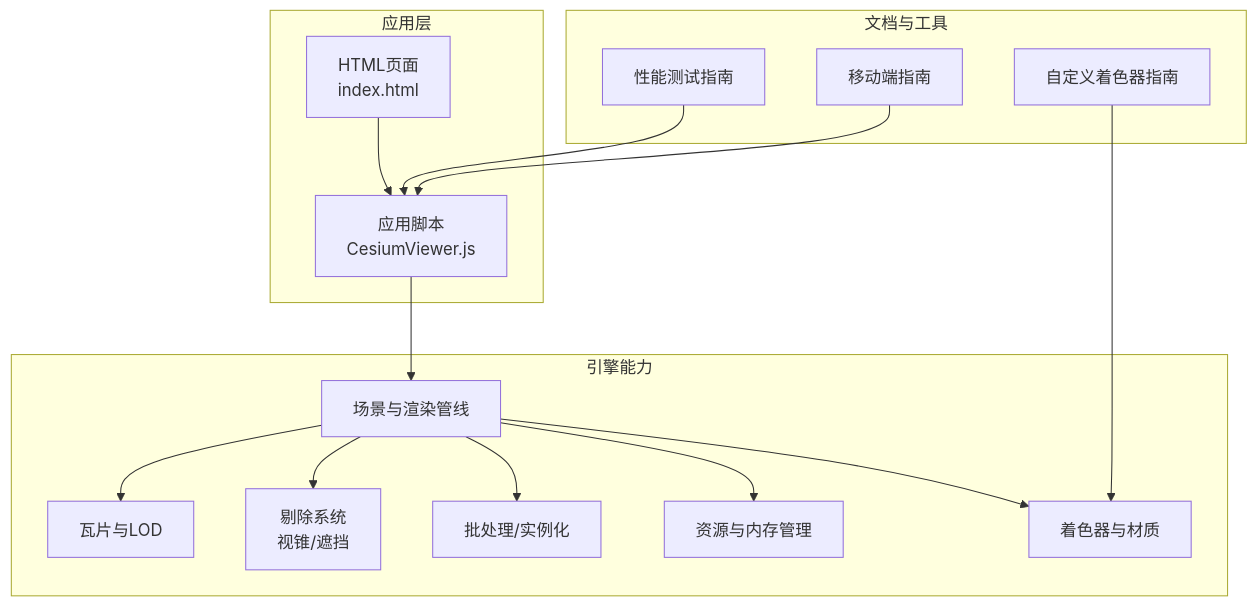
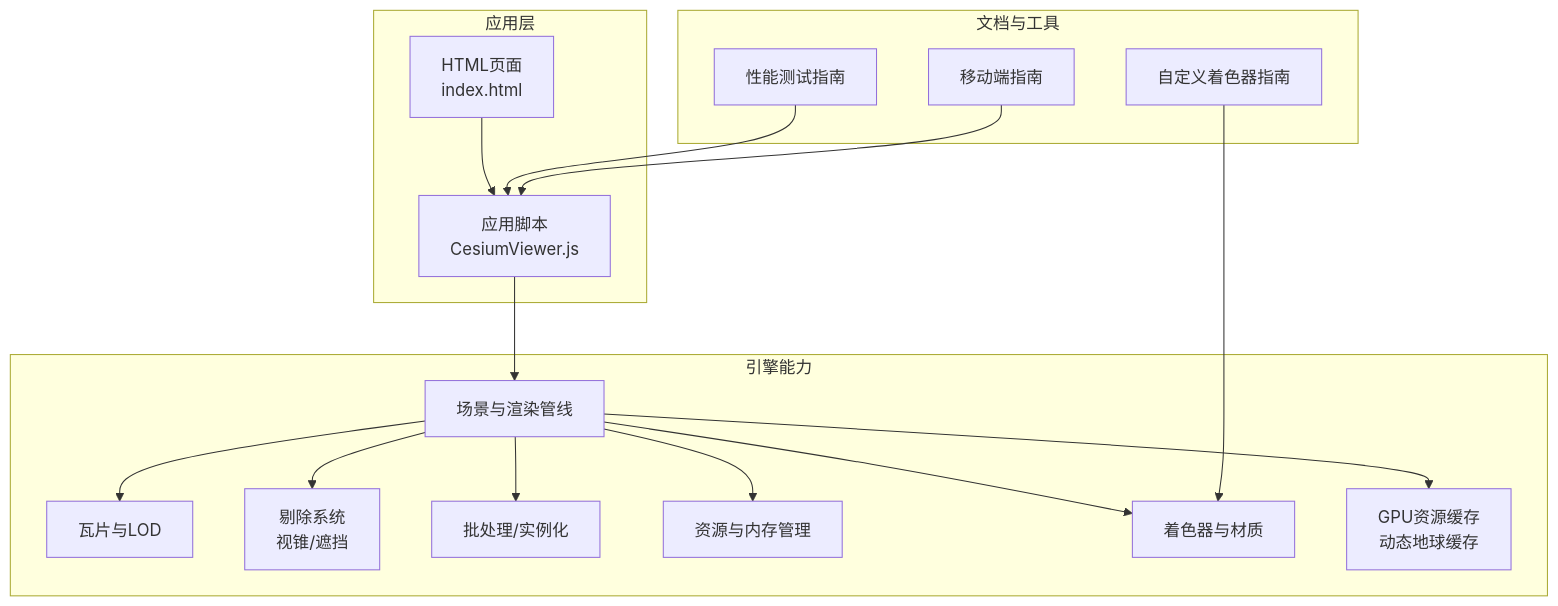
One commit to rzhangjing/cesium changed the second of 13 diagrams in .qoder/repowiki/zh/content/性能优化/性能优化.md. Above: the diagram before and after it, drawn with Mermaid. The commit also changed other lines of this file and 24 other files, not shown here.

````diff
--- a/.qoder/repowiki/zh/content/性能优化/性能优化.md
+++ b/.qoder/repowiki/zh/content/性能优化/性能优化.md
@@ -80,30 +100,32 @@
 ```mermaid
 graph TB
 subgraph "应用层"
 UI["HTML页面<br/>index.html"]
 App["应用脚本<br/>CesiumViewer.js"]
 end
 subgraph "引擎能力"
 Scene["场景与渲染管线"]
 Tiles["瓦片与LOD"]
 Cull["剔除系统<br/>视锥/遮挡"]
 Batch["批处理/实例化"]
 Res["资源与内存管理"]
 Shader["着色器与材质"]
+GPUCache["GPU资源缓存<br/>动态地球缓存"]
 end
 subgraph "文档与工具"
 Perf["性能测试指南"]
 Shad["自定义着色器指南"]
 Mob["移动端指南"]
 end
 UI --> App
 App --> Scene
 Scene --> Tiles
 Scene --> Cull
 Scene --> Batch
 Scene --> Res
 Scene --> Shader
+Scene --> GPUCache
 Perf --> App
 Shad --> Shader
 Mob --> App
 ```
````
